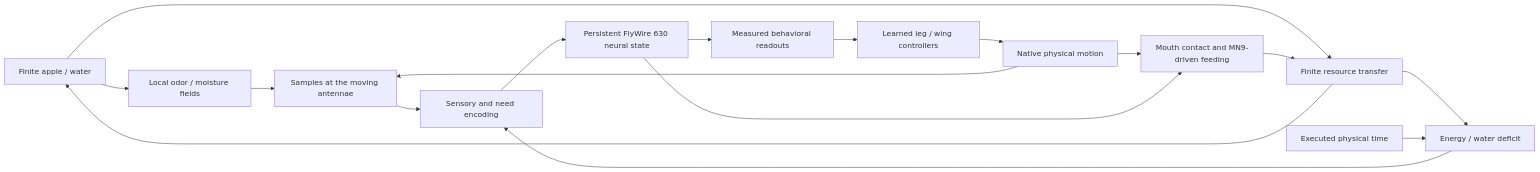
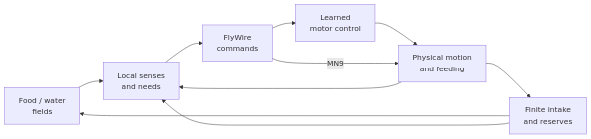
Before and after one commit to bitdeep/fly-netsphere: the diagram in docs/embodied-roadmap.md, drawn with Mermaid.

Commit message:
Keep the delivery loop diagram readable in GitHub
Show six stages with short labels and retain the motion, intake, and reserve feedback paths. The surrounding plan carries the detailed contracts.

````diff
--- a/docs/embodied-roadmap.md
+++ b/docs/embodied-roadmap.md
@@ -37,19 +37,12 @@
 ```mermaid
 flowchart LR
-  Sources["Finite apple / water"] --> Field["Local odor / moisture fields"]
-  Field --> Sensors["Samples at the moving antennae"]
-  Reserves["Energy / water deficit"] --> Encoding["Sensory and need encoding"]
-  Sensors --> Encoding
-  Encoding --> Brain["Persistent FlyWire 630 neural state"]
-  Brain --> Commands["Measured behavioral readouts"]
-  Commands --> Policy["Learned leg / wing controllers"]
-  Policy --> Body["Native physical motion"]
+  Sources["Food / water<br/>fields"] --> Sensors["Local senses<br/>and needs"]
+  Sensors --> Brain["FlyWire<br/>commands"]
+  Brain --> Policy["Learned<br/>motor control"]
+  Policy --> Body["Physical motion<br/>and feeding"]
+  Brain -->|MN9| Body
+  Body --> Intake["Finite intake<br/>and reserves"]
   Body --> Sensors
-  Body --> Contact["Mouth contact and MN9-driven feeding"]
-  Brain --> Contact
-  Sources --> Intake["Finite resource transfer"]
-  Contact --> Intake
   Intake --> Sources
-  Intake --> Reserves
-  Time["Executed physical time"] --> Reserves
+  Intake --> Sensors
 ```
````
